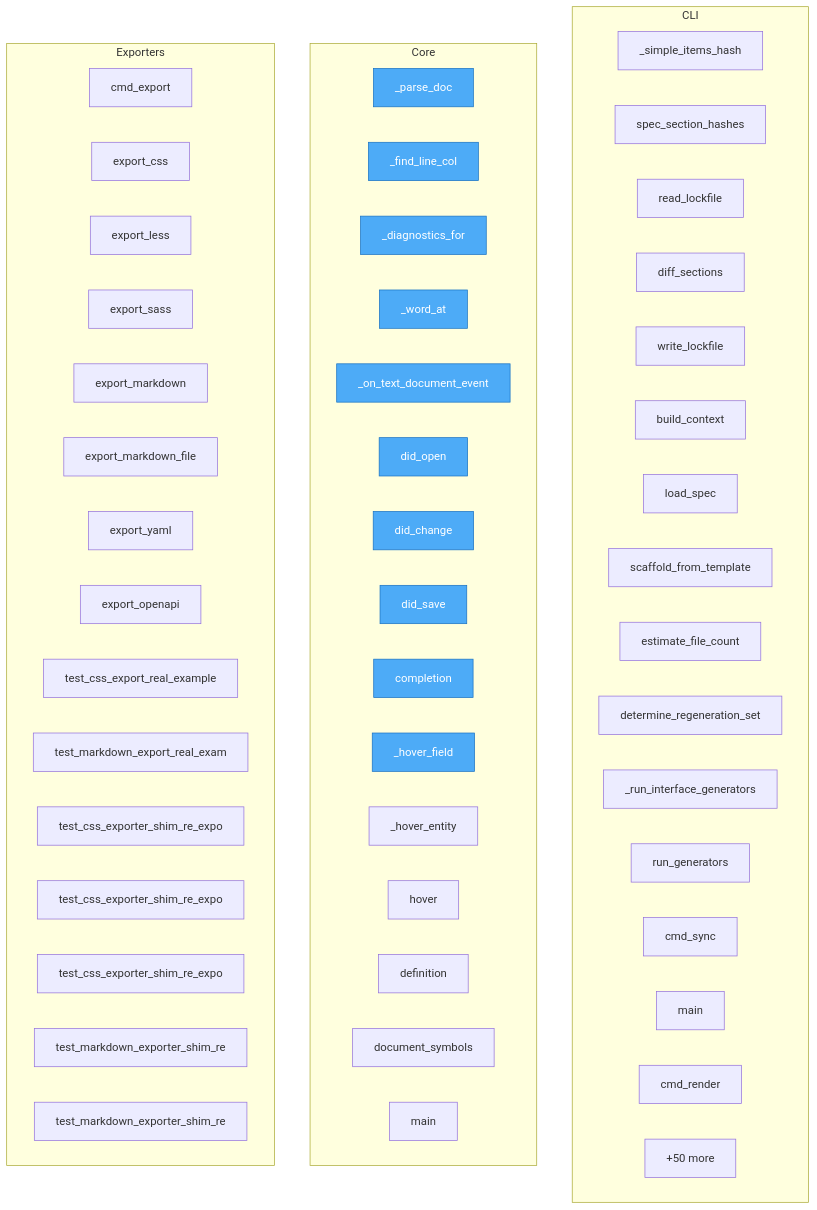
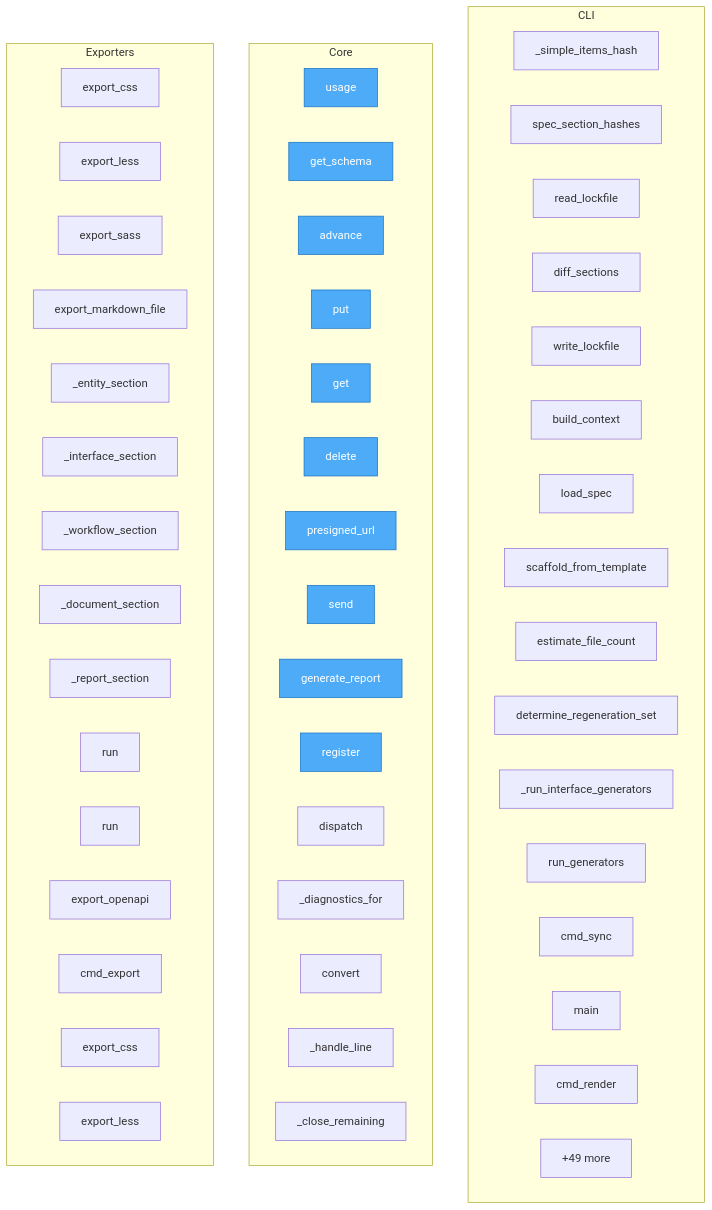
The diagram in project/flow.mmd (oqlos/doql), drawn with Mermaid before and after one commit. The commit also changed 36 other files, not shown here.

First line of the commit message:
test(docs): add markdown output

```diff
--- a/project/flow.mmd
+++ b/project/flow.mmd
@@ -1,63 +1,63 @@
 flowchart TD
 
     %% Entry points (blue)
     classDef entry fill:#4dabf7,stroke:#1971c2,color:#fff
 
     subgraph CLI
         doql__cli__lockfile___simple_items_hash["_simple_items_hash"]
         doql__cli__lockfile__spec_section_hashes["spec_section_hashes"]
         doql__cli__lockfile__read_lockfile["read_lockfile"]
         doql__cli__lockfile__diff_sections["diff_sections"]
         doql__cli__lockfile__write_lockfile["write_lockfile"]
         doql__cli__context__build_context["build_context"]
         doql__cli__context__load_spec["load_spec"]
         doql__cli__context__scaffold_from_template["scaffold_from_template"]
         doql__cli__context__estimate_file_count["estimate_file_count"]
         doql__cli__sync__determine_regeneration_set["determine_regeneration_set"]
         doql__cli__sync___run_interface_generators["_run_interface_generators"]
         doql__cli__sync__run_generators["run_generators"]
         doql__cli__sync__cmd_sync["cmd_sync"]
         doql__cli__main__main["main"]
         doql__cli__commands__render__cmd_render["cmd_render"]
         ...["+98 more"]
     end
 
     subgraph Core
-        SUMR___parse_doc["_parse_doc"]
-        SUMR___find_line_col["_find_line_col"]
-        SUMR___diagnostics_for["_diagnostics_for"]
-        SUMR___word_at["_word_at"]
-        SUMR___on_text_document_event["_on_text_document_event"]
-        SUMR__did_open["did_open"]
-        SUMR__did_change["did_change"]
-        SUMR__did_save["did_save"]
-        SUMR__completion["completion"]
-        SUMR___hover_field["_hover_field"]
-        SUMR___hover_entity["_hover_entity"]
-        SUMR__hover["hover"]
-        SUMR__definition["definition"]
-        SUMR__document_symbols["document_symbols"]
-        SUMR__main["main"]
-        ...["+1538 more"]
+        doql__usage["usage"]
+        OQLOS_REQUIREMENTS__get_schema["get_schema"]
+        OQLOS_REQUIREMENTS__advance["advance"]
+        OQLOS_REQUIREMENTS__put["put"]
+        OQLOS_REQUIREMENTS__get["get"]
+        OQLOS_REQUIREMENTS__delete["delete"]
+        OQLOS_REQUIREMENTS__presigned_url["presigned_url"]
+        OQLOS_REQUIREMENTS__send["send"]
+        OQLOS_REQUIREMENTS__generate_report["generate_report"]
+        OQLOS_REQUIREMENTS__register["register"]
+        OQLOS_REQUIREMENTS__dispatch["dispatch"]
+        TODO___diagnostics_for["_diagnostics_for"]
+        TODO__convert["convert"]
+        TODO___handle_line["_handle_line"]
+        TODO___close_remaining["_close_remaining"]
+        ...["+1603 more"]
     end
 
     subgraph Exporters
+        doql__exporters__css__export_css["export_css"]
+        doql__exporters__css__export_less["export_less"]
+        doql__exporters__css__export_sass["export_sass"]
+        doql__exporters__markdown__export_markdown_file["export_markdown_file"]
+        doql__exporters__markdown__sections___entity_section["_entity_section"]
+        doql__exporters__markdown__sections___interface_section["_interface_section"]
+        doql__exporters__markdown__sections___workflow_section["_workflow_section"]
+        doql__exporters__markdown__sections___document_section["_document_section"]
+        doql__exporters__markdown__sections___report_section["_report_section"]
+        doql__generators__export_postman__run["run"]
+        doql__generators__export_ts_sdk__run["run"]
+        doql__generators__api_gen__export_openapi["export_openapi"]
         SUMD__cmd_export["cmd_export"]
         SUMD__export_css["export_css"]
         SUMD__export_less["export_less"]
-        SUMD__export_sass["export_sass"]
-        SUMD__export_markdown["export_markdown"]
-        SUMD__export_markdown_file["export_markdown_file"]
-        SUMD__export_yaml["export_yaml"]
-        SUMD__export_openapi["export_openapi"]
-        SUMD__test_css_export_real_example["test_css_export_real_example"]
-        SUMD__test_markdown_export_real_example["test_markdown_export_real_exam"]
-        SUMD__test_css_exporter_shim_re_exports_public_api["test_css_exporter_shim_re_expo"]
-        SUMD__test_css_exporter_shim_re_exports_renderers["test_css_exporter_shim_re_expo"]
-        SUMD__test_css_exporter_shim_re_exports_format_helpers["test_css_exporter_shim_re_expo"]
-        SUMD__test_markdown_exporter_shim_re_exports_public_api["test_markdown_exporter_shim_re"]
-        SUMD__test_markdown_exporter_shim_re_exports_writers["test_markdown_exporter_shim_re"]
-        ...["+50 more"]
+        ...["+49 more"]
     end
 
-    class SUMR___parse_doc,SUMR___find_line_col,SUMR___diagnostics_for,SUMR___word_at,SUMR___on_text_document_event,SUMR__did_open,SUMR__did_change,SUMR__did_save,SUMR__completion,SUMR___hover_field entry
+    class doql__usage,OQLOS_REQUIREMENTS__get_schema,OQLOS_REQUIREMENTS__advance,OQLOS_REQUIREMENTS__put,OQLOS_REQUIREMENTS__get,OQLOS_REQUIREMENTS__delete,OQLOS_REQUIREMENTS__presigned_url,OQLOS_REQUIREMENTS__send,OQLOS_REQUIREMENTS__generate_report,OQLOS_REQUIREMENTS__register entry
```
